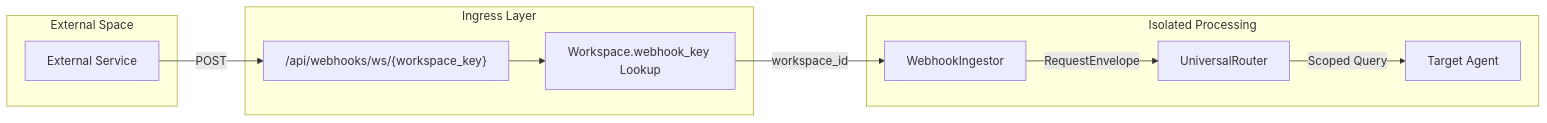
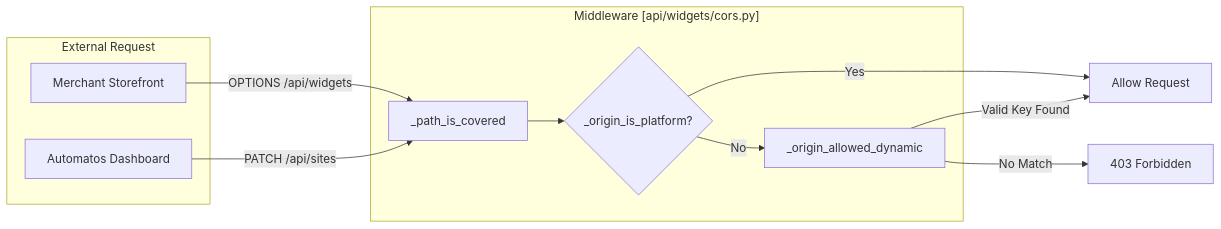
One commit to AutomatosAI/automatos-ai changed the second of 3 diagrams in docs/authentication-multi-tenancy/data-isolation.md. Above: the diagram before and after it, drawn with Mermaid. The commit also changed other lines of this file and 191 other files, not shown here.

````diff
--- a/docs/authentication-multi-tenancy/data-isolation.md
+++ b/docs/authentication-multi-tenancy/data-isolation.md
@@ -132,23 +130,21 @@
 ```mermaid
 graph LR
-    subgraph "External Space"
-        Ext["External Service"]
+    subgraph "External Request"
+        Storefront["Merchant Storefront"]
+        Dashboard["Automatos Dashboard"]
     end
 
-    subgraph "Ingress Layer"
-        Router["/api/webhooks/ws/{workspace_key}"]
-        WS_Lookup["Workspace.webhook_key Lookup"]
+    subgraph "Middleware [api/widgets/cors.py]"
+        CheckPath["_path_is_covered"]
+        IsPlatform{"_origin_is_platform?"}
+        KeyLookup["_origin_allowed_dynamic"]
     end
 
-    subgraph "Isolated Processing"
-        Ingestor["WebhookIngestor"]
-        UniRouter["UniversalRouter"]
-        Agent["Target Agent"]
-    end
-
-    Ext -- "POST" --> Router
-    Router --> WS_Lookup
-    WS_Lookup -- "workspace_id" --> Ingestor
-    Ingestor -- "RequestEnvelope" --> UniRouter
-    UniRouter -- "Scoped Query" --> Agent
+    Storefront -- "OPTIONS /api/widgets" --> CheckPath
+    Dashboard -- "PATCH /api/sites" --> CheckPath
+    CheckPath --> IsPlatform
+    IsPlatform -- "Yes" --> Allow["Allow Request"]
+    IsPlatform -- "No" --> KeyLookup
+    KeyLookup -- "Valid Key Found" --> Allow
+    KeyLookup -- "No Match" --> Deny["403 Forbidden"]
 ```
````
